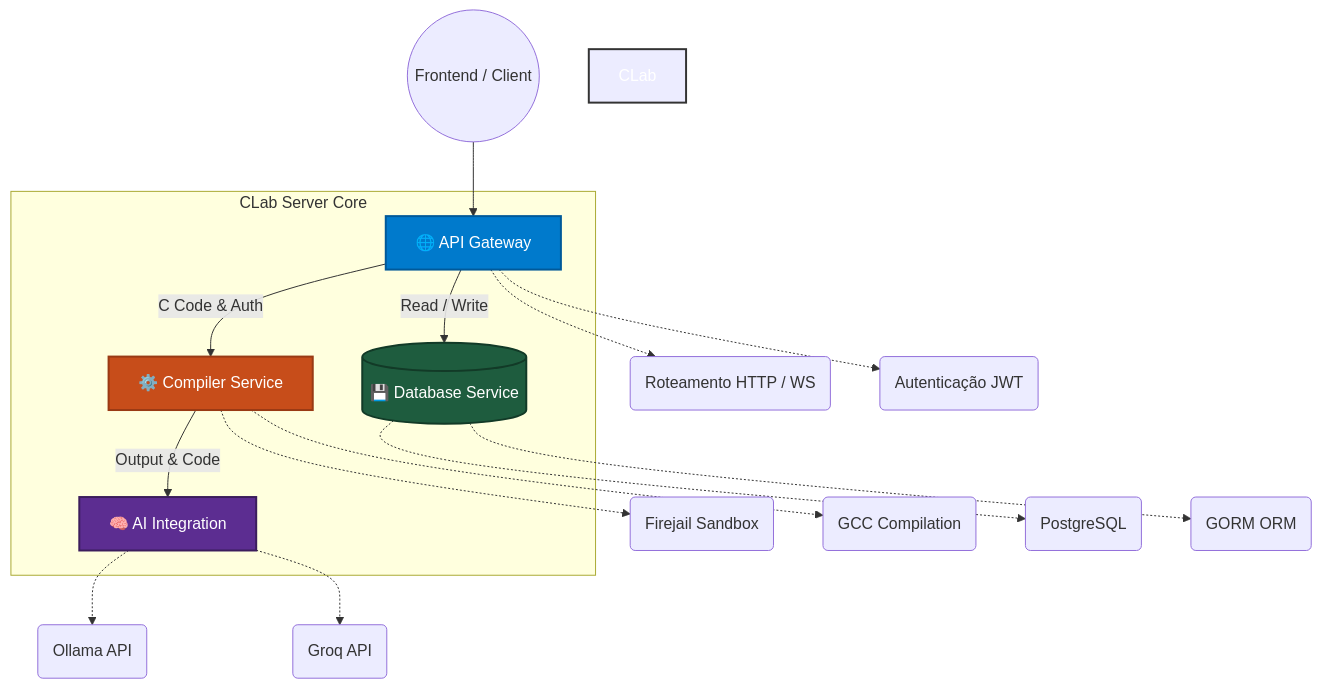
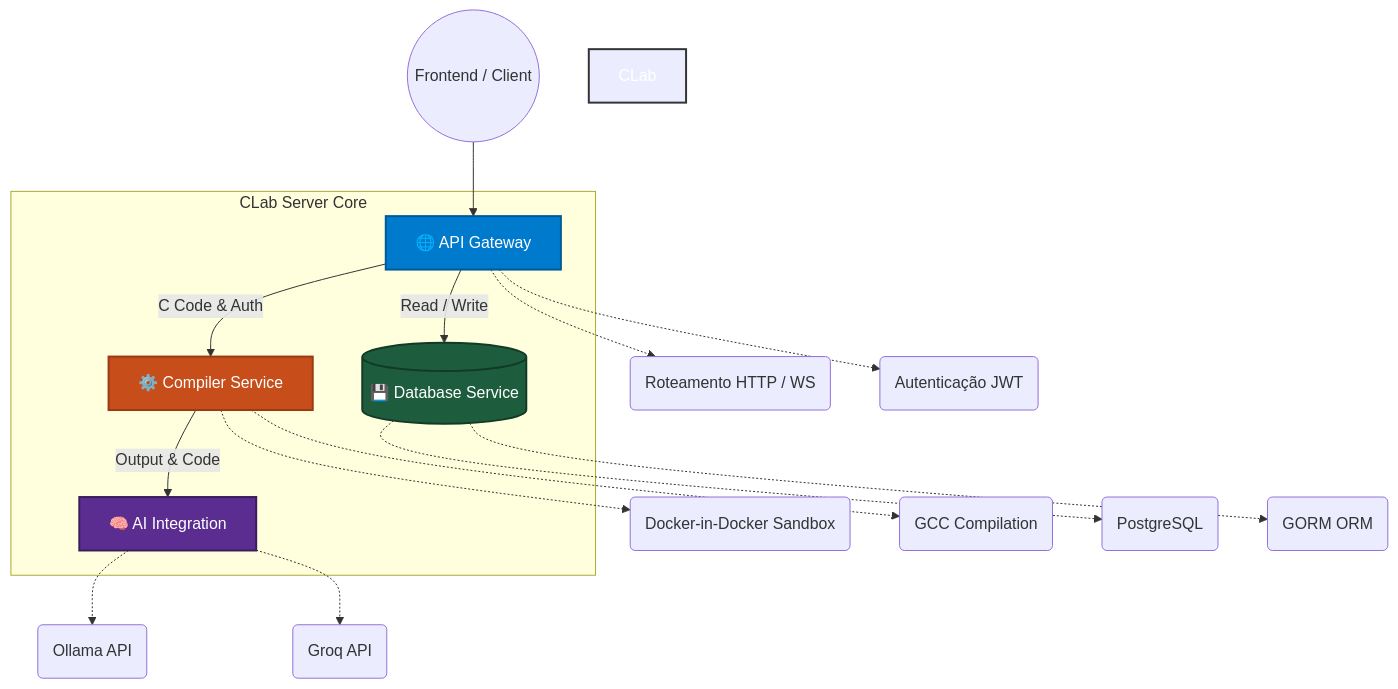
One commit to VictorHumberto01/CLabServer changed the diagram in README.md. Above: the diagram before and after it, drawn with Mermaid. The commit also changed other lines of this file and 7 other files, not shown here.

````diff
--- a/README.md
+++ b/README.md
@@ -19,37 +21,30 @@
 ```mermaid
 graph TD;
     Client((Frontend / Client)) --> API
 
     subgraph CLab Server [CLab Server Core]
         API[🌐 API Gateway]
         Compiler[⚙️ Compiler Service]
         AI[🧠 AI Integration]
         DB[(💾 Database Service)]
     end
 
     API -->|C Code & Auth| Compiler
     Compiler -->|Output & Code| AI
     API -->|Read / Write| DB
 
-    %% API Components
     API -.-> Rout(Roteamento HTTP / WS)
     API -.-> Auth(Autenticação JWT)
-
-    %% Compiler Components
-    Compiler -.-> Sand(Firejail Sandbox)
+    Compiler -.-> Sand(Docker-in-Docker Sandbox)
     Compiler -.-> Run(GCC Compilation)
-
-    %% AI Components
     AI -.-> Llama(Ollama API)
     AI -.-> Groq(Groq API)
-
-    %% DB Components
     DB -.-> PGR(PostgreSQL)
     DB -.-> Gorm(GORM ORM)
 
     style CLab Server fill:#1e1e1e,stroke:#333,stroke-width:2px,color:#fff
     style API fill:#007acc,stroke:#005999,stroke-width:2px,color:#fff
     style Compiler fill:#c74d1a,stroke:#993a14,stroke-width:2px,color:#fff
     style AI fill:#5c2d91,stroke:#3b1d5c,stroke-width:2px,color:#fff
     style DB fill:#1e5c3e,stroke:#123a27,stroke-width:2px,color:#fff
 ```
````
